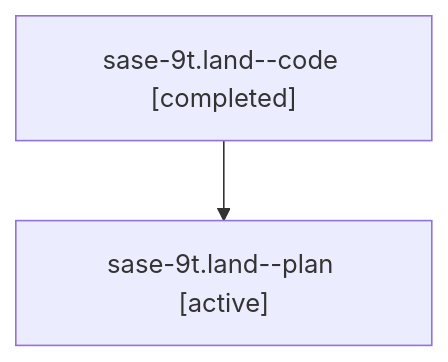
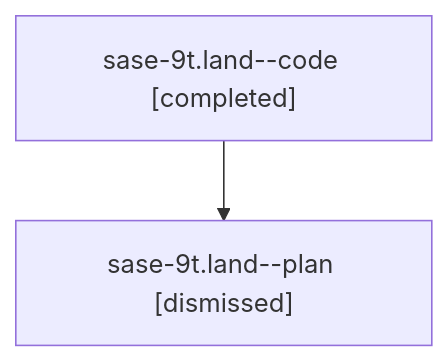
Before and after one commit to sase-org/sase--agents: the diagram in sessions/bbugyi200.athena.sase-9t.land.md, drawn with Mermaid. The commit also changed other lines of this file and 111 other files, not shown here.

````diff
--- a/sessions/bbugyi200.athena.sase-9t.land.md
+++ b/sessions/bbugyi200.athena.sase-9t.land.md
@@ -9,6 +9,6 @@
 ```mermaid
 flowchart TD
   n0["sase-9t.land--code [completed]"]
-  n1["sase-9t.land--plan [active]"]
+  n1["sase-9t.land--plan [dismissed]"]
   n0 --> n1
 ```
````
